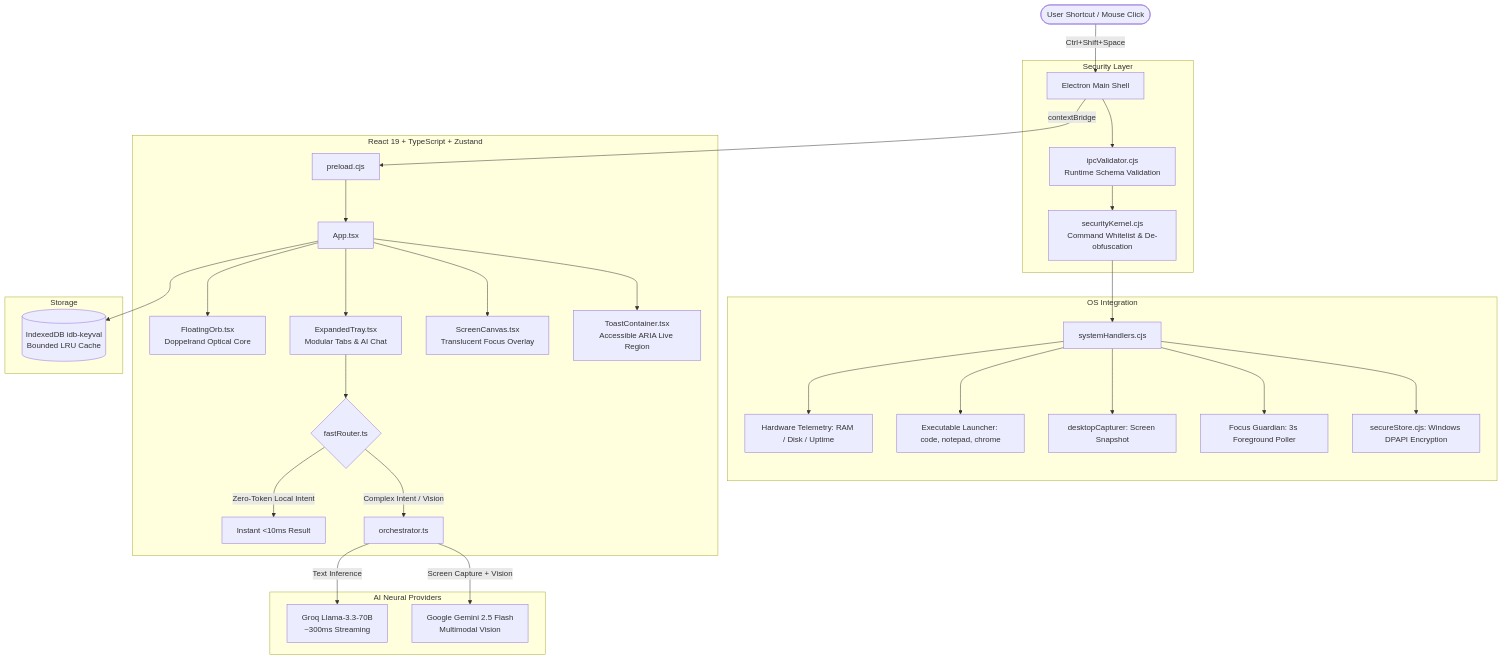
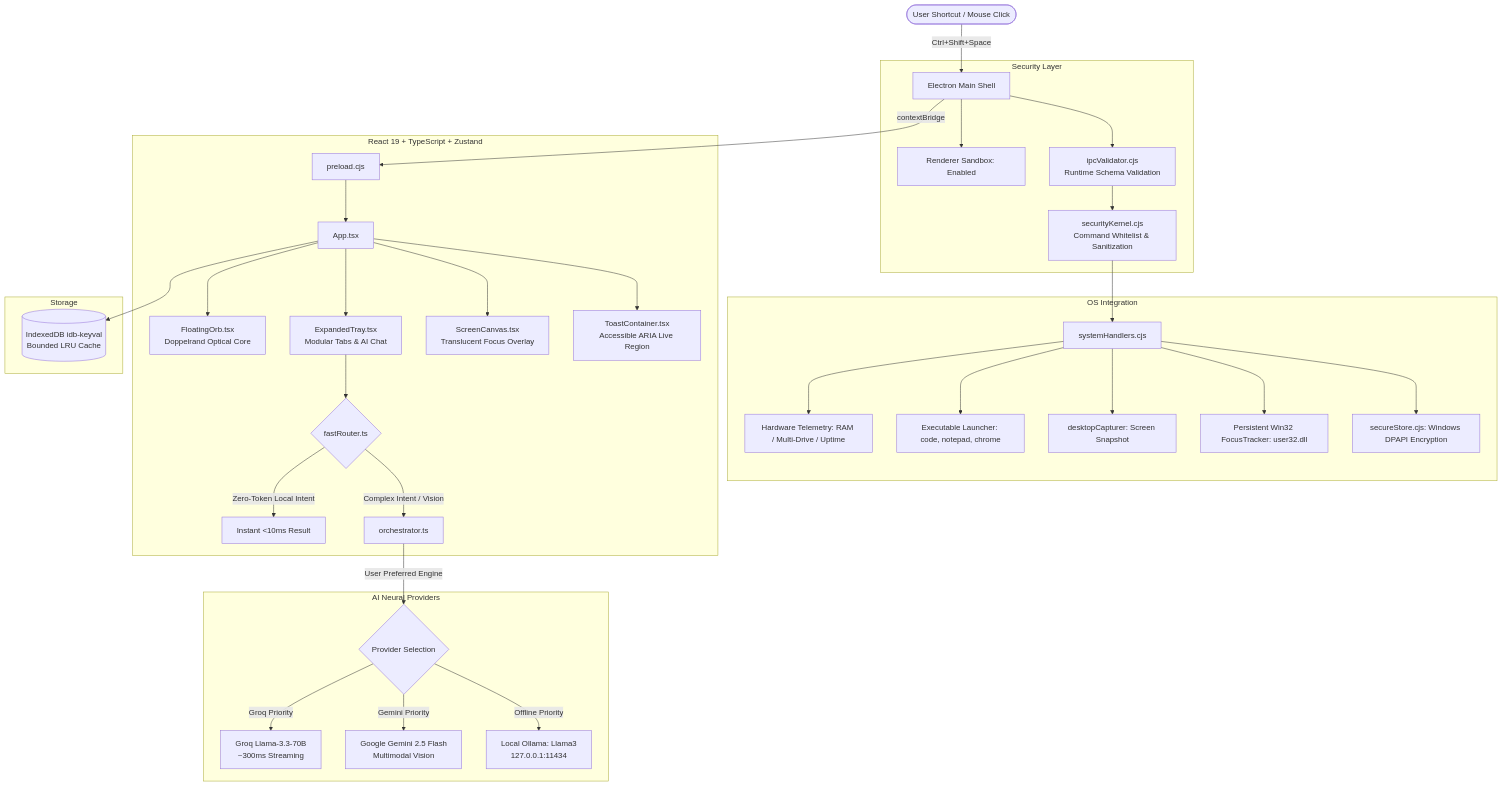
Before and after one commit to Lohith-RC/float-companion: the diagram in README.md, drawn with Mermaid. The commit also changed other lines of this file and 8 other files, not shown here.

Commit message:
fix(security-perf): persistent win32 focus tracker, multi-drive monitor, sandbox hardening, and docs update

````diff
--- a/README.md
+++ b/README.md
@@ -129,40 +131,43 @@
 ```mermaid
 flowchart TD
     User([User Shortcut / Mouse Click]) --> |Ctrl+Shift+Space| Shell[Electron Main Shell]
     
     subgraph Security Layer
+        Shell --> Sandbox[Renderer Sandbox: Enabled]
         Shell --> Validator[ipcValidator.cjs\nRuntime Schema Validation]
-        Validator --> Kernel[securityKernel.cjs\nCommand Whitelist & De-obfuscation]
+        Validator --> Kernel[securityKernel.cjs\nCommand Whitelist & Sanitization]
     end
     
     subgraph OS Integration
         Kernel --> Win32[systemHandlers.cjs]
-        Win32 --> Stats[Hardware Telemetry: RAM / Disk / Uptime]
+        Win32 --> Stats[Hardware Telemetry: RAM / Multi-Drive / Uptime]
         Win32 --> AppLaunch[Executable Launcher: code, notepad, chrome]
         Win32 --> Capturer[desktopCapturer: Screen Snapshot]
-        Win32 --> Poller[Focus Guardian: 3s Foreground Poller]
+        Win32 --> Tracker[Persistent Win32 FocusTracker: user32.dll]
         Win32 --> Vault[secureStore.cjs: Windows DPAPI Encryption]
     end
     
     subgraph Frontend Core [React 19 + TypeScript + Zustand]
         Shell --> |contextBridge| Preload[preload.cjs]
         Preload --> UI[App.tsx]
         UI --> Orb[FloatingOrb.tsx\nDoppelrand Optical Core]
         UI --> Tray[ExpandedTray.tsx\nModular Tabs & AI Chat]
         UI --> Canvas[ScreenCanvas.tsx\nTranslucent Focus Overlay]
         UI --> Toasts[ToastContainer.tsx\nAccessible ARIA Live Region]
         
         Tray --> Router{fastRouter.ts}
         Router --> |Zero-Token Local Intent| LocalAns[Instant <10ms Result]
         Router --> |Complex Intent / Vision| Orch[orchestrator.ts]
     end
     
     subgraph AI Neural Providers
-        Orch --> |Text Inference| Groq[Groq Llama-3.3-70B\n~300ms Streaming]
-        Orch --> |Screen Capture + Vision| Gemini[Google Gemini 2.5 Flash\nMultimodal Vision]
+        Orch --> |User Preferred Engine| Priority{Provider Selection}
+        Priority --> |Groq Priority| Groq[Groq Llama-3.3-70B\n~300ms Streaming]
+        Priority --> |Gemini Priority| Gemini[Google Gemini 2.5 Flash\nMultimodal Vision]
+        Priority --> |Offline Priority| Ollama[Local Ollama: Llama3\n127.0.0.1:11434]
     end
     
     subgraph Storage
         UI --> IDB[(IndexedDB idb-keyval\nBounded LRU Cache)]
     end
 ```
````
